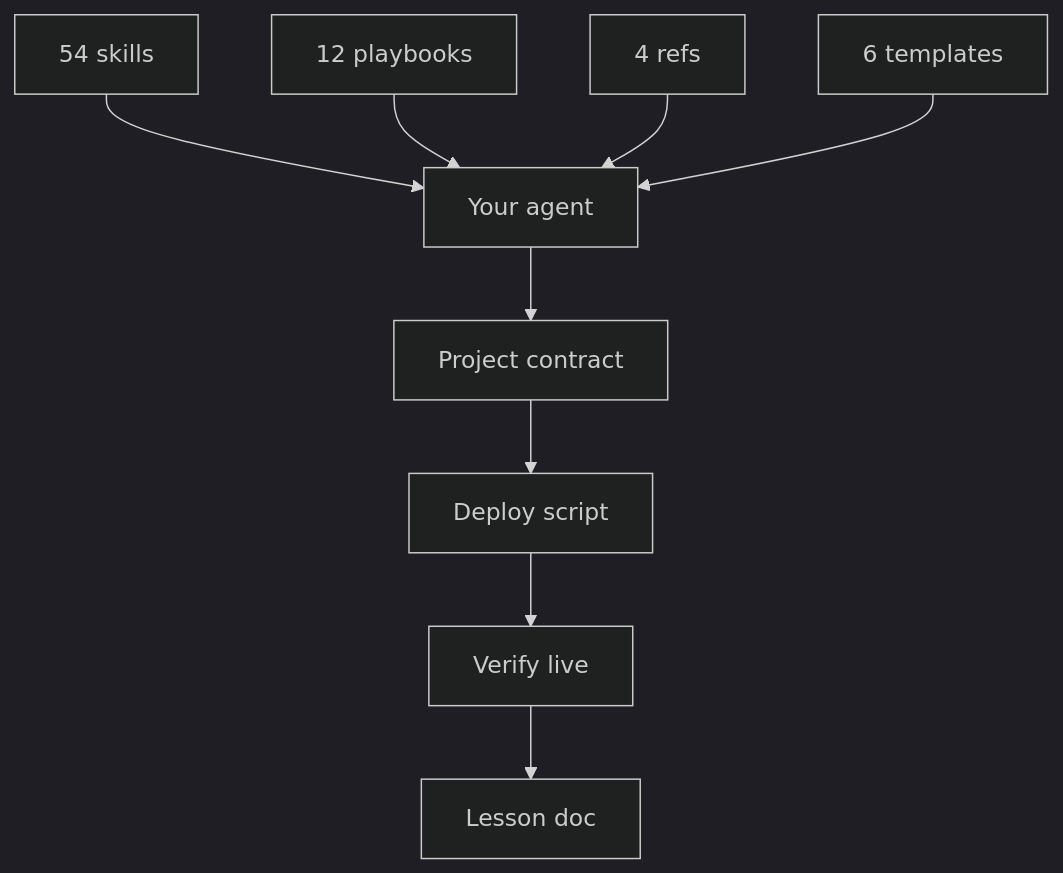
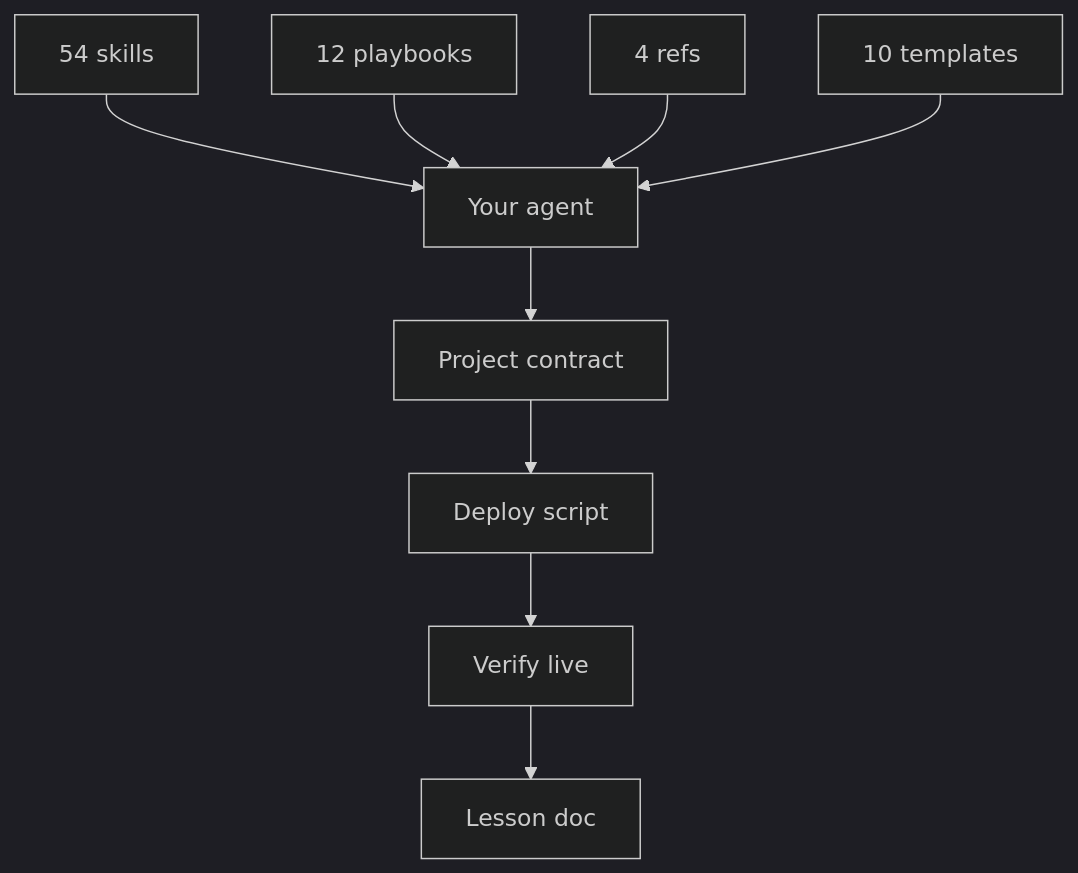
One commit to Nonarkara/dr-non-vibecoding-skills changed the diagram in README.md. Above: the diagram before and after it, drawn with Mermaid (dark theme). The commit also changed other lines of this file and 13 other files, not shown here.

````diff
--- a/README.md
+++ b/README.md
@@ -246,11 +260,11 @@
 ```mermaid
 flowchart TB
   S["54 skills"] --> A["Your agent"]
   P["12 playbooks"] --> A
   R["4 refs"] --> A
-  T["6 templates"] --> A
+  T["10 templates"] --> A
   A --> W["Project contract"]
   W --> D["Deploy script"]
   D --> V["Verify live"]
   V --> L["Lesson doc"]
 ```
````
